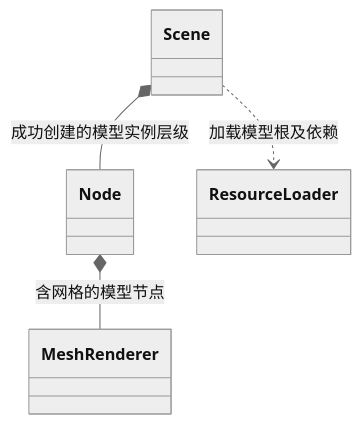
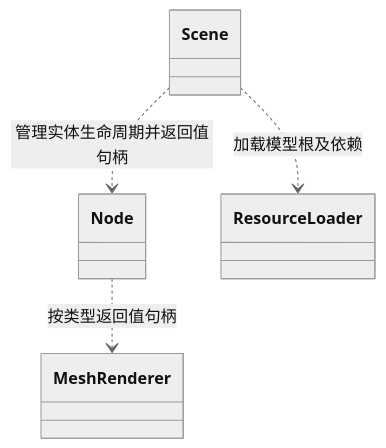
The second of 5 diagrams in docs/runtime/class-diagrams/model-resources.md (lcals/Engine), drawn with Mermaid (neutral theme) before and after one commit. The commit also changed 291 other files, not shown here.

````diff
--- a/docs/runtime/class-diagrams/model-resources.md
+++ b/docs/runtime/class-diagrams/model-resources.md
@@ -32,10 +32,10 @@
 ```mermaid
 classDiagram
     class Scene
     class Node
     class MeshRenderer
     class ResourceLoader
     Scene ..> ResourceLoader : 加载模型根及依赖
-    Scene *-- Node : 成功创建的模型实例层级
-    Node *-- MeshRenderer : 含网格的模型节点
+    Scene ..> Node : 管理实体生命周期并返回值句柄
+    Node ..> MeshRenderer : 按类型返回值句柄
 ```
````
